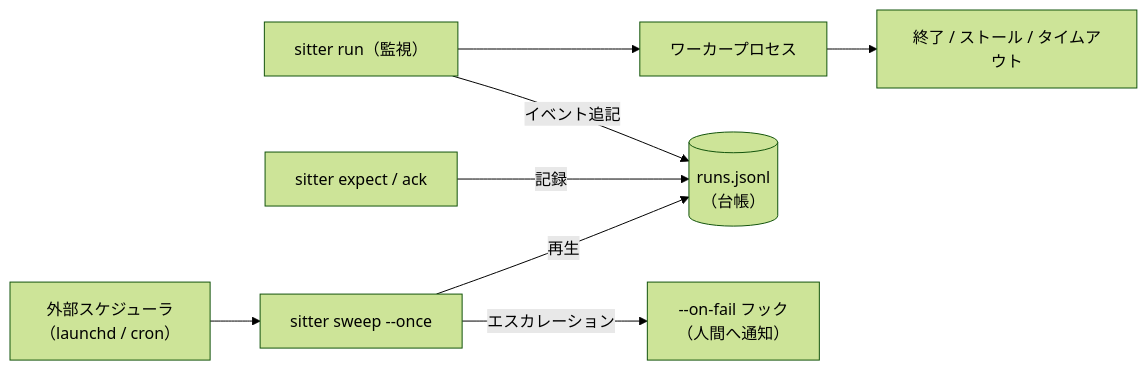
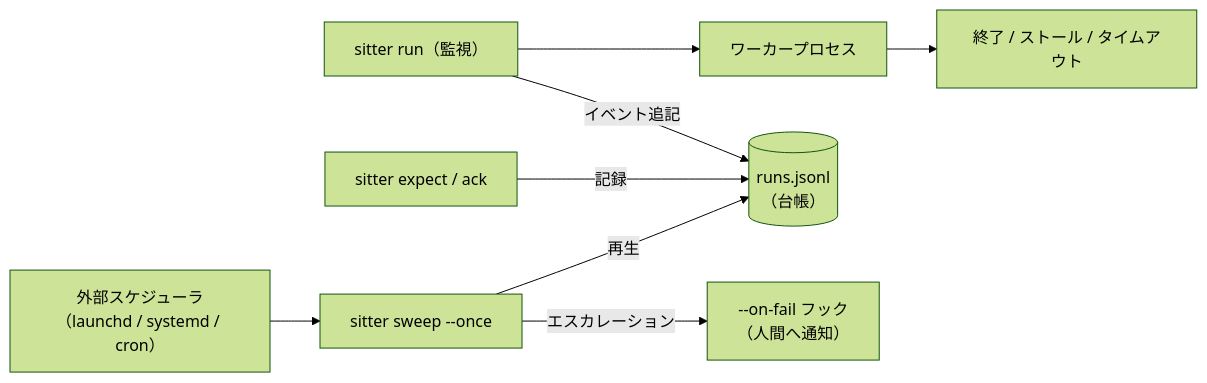
Before and after one commit to caty-ai/sitter: the diagram in docs/engineering.ja.md, drawn with Mermaid (forest theme). The commit also changed other lines of this file and 2 other files, not shown here.

First line of the commit message:
docs: review delta — WSL2 caveat precision (linger, systemd default, PowerShell, sudo)

````diff
--- a/docs/engineering.ja.md
+++ b/docs/engineering.ja.md
@@ -238,10 +238,10 @@
 ```mermaid
 flowchart LR
     RUN["sitter run（監視）"] --> W["ワーカープロセス"]
     W --> OUT["終了 / ストール / タイムアウト"]
     RUN -- "イベント追記" --> L[("runs.jsonl<br/>（台帳）")]
     EA["sitter expect / ack"] -- "記録" --> L
-    SCHED["外部スケジューラ<br/>（launchd / cron）"] --> SW["sitter sweep --once"]
+    SCHED["外部スケジューラ<br/>（launchd / systemd / cron）"] --> SW["sitter sweep --once"]
     SW -- "再生" --> L
     SW -- "エスカレーション" --> HOOK["--on-fail フック<br/>（人間へ通知）"]
 ```
````
